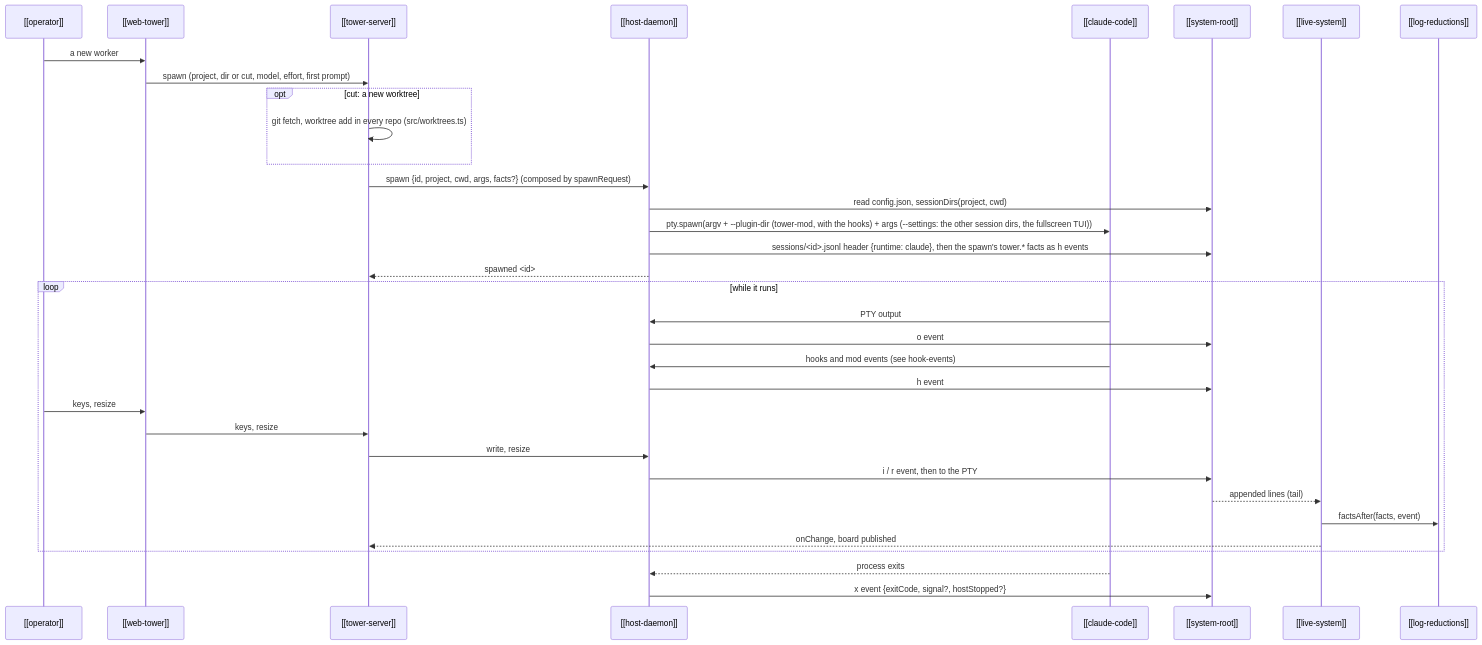
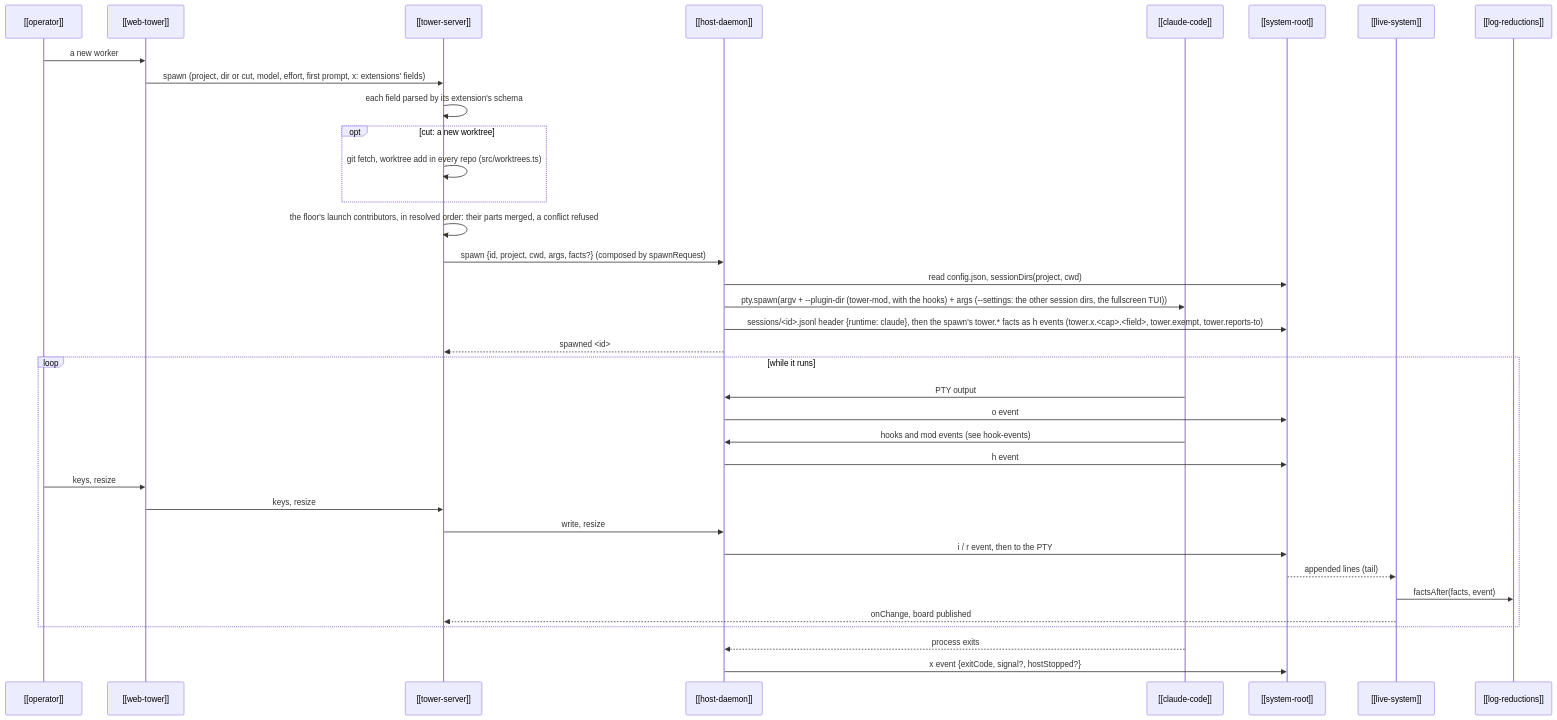
The diagram in kb/entities/flows/session-lifecycle.md (CarlosBonetti/the-tower), drawn with Mermaid before and after one commit. The commit also changed other lines of this file and 8 other files, not shown here.

Commit message:
Docs and kb: launch, spawn fields and plugins per runtime in the extensions decision and extending.md; crews and hiring limits read the core facts; the spawn and hire flows run the contributors

````diff
--- a/kb/entities/flows/session-lifecycle.md
+++ b/kb/entities/flows/session-lifecycle.md
@@ -12,36 +12,38 @@
 ```mermaid
 sequenceDiagram
   participant O as [[operator]]
   participant P as [[web-tower]]
   participant T as [[tower-server]]
   participant H as [[host-daemon]]
   participant C as [[claude-code]]
   participant R as [[system-root]]
   participant L as [[live-system]]
   participant F as [[log-reductions]]
   O->>P: a new worker
-  P->>T: spawn (project, dir or cut, model, effort, first prompt)
+  P->>T: spawn (project, dir or cut, model, effort, first prompt, x: extensions' fields)
+  T->>T: each field parsed by its extension's schema
   opt cut: a new worktree
     T->>T: git fetch, worktree add in every repo (src/worktrees.ts)
   end
+  T->>T: the floor's launch contributors, in resolved order: their parts merged, a conflict refused
   T->>H: spawn {id, project, cwd, args, facts?} (composed by spawnRequest)
   H->>R: read config.json, sessionDirs(project, cwd)
   H->>C: pty.spawn(argv + --plugin-dir (tower-mod, with the hooks) + args (--settings: the other session dirs, the fullscreen TUI))
-  H->>R: sessions/<id>.jsonl header {runtime: claude}, then the spawn's tower.* facts as h events
+  H->>R: sessions/<id>.jsonl header {runtime: claude}, then the spawn's tower.* facts as h events (tower.x.<cap>.<field>, tower.exempt, tower.reports-to)
   H-->>T: spawned <id>
   loop while it runs
     C->>H: PTY output
     H->>R: o event
     C->>H: hooks and mod events (see hook-events)
     H->>R: h event
     O->>P: keys, resize
     P->>T: keys, resize
     T->>H: write, resize
     H->>R: i / r event, then to the PTY
     R-->>L: appended lines (tail)
     L->>F: factsAfter(facts, event)
     L-->>T: onChange, board published
   end
   C-->>H: process exits
   H->>R: x event {exitCode, signal?, hostStopped?}
 ```
````
